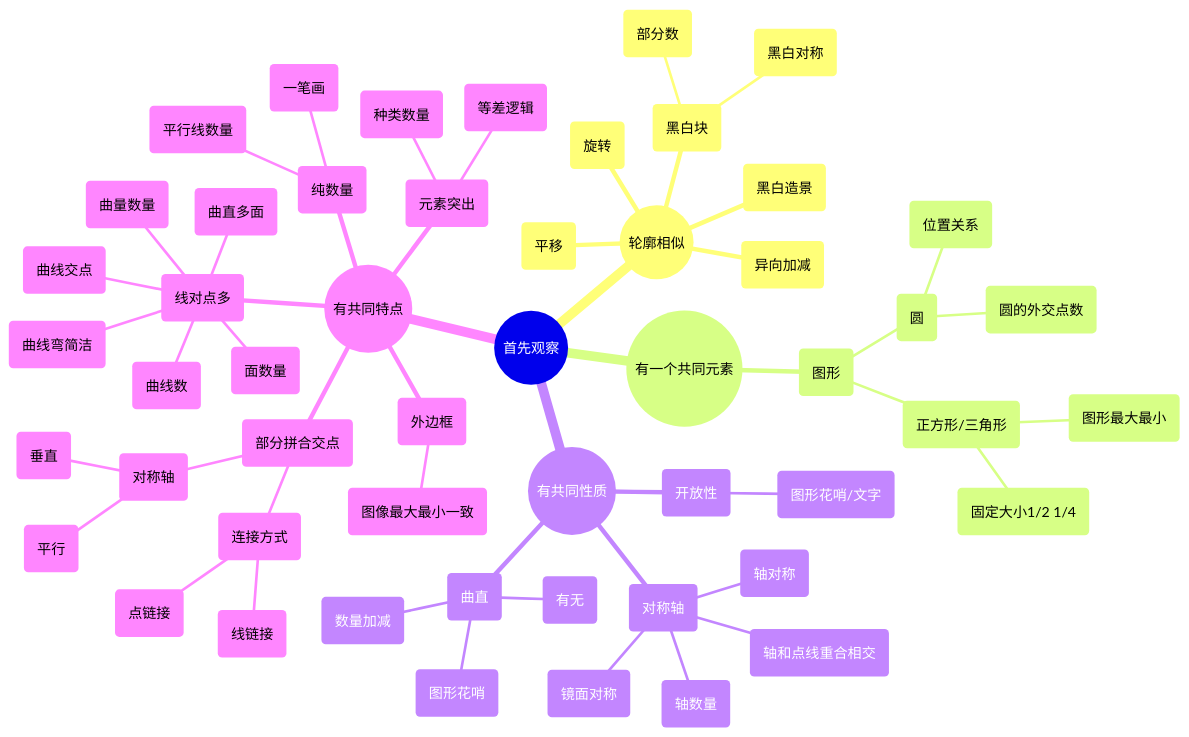
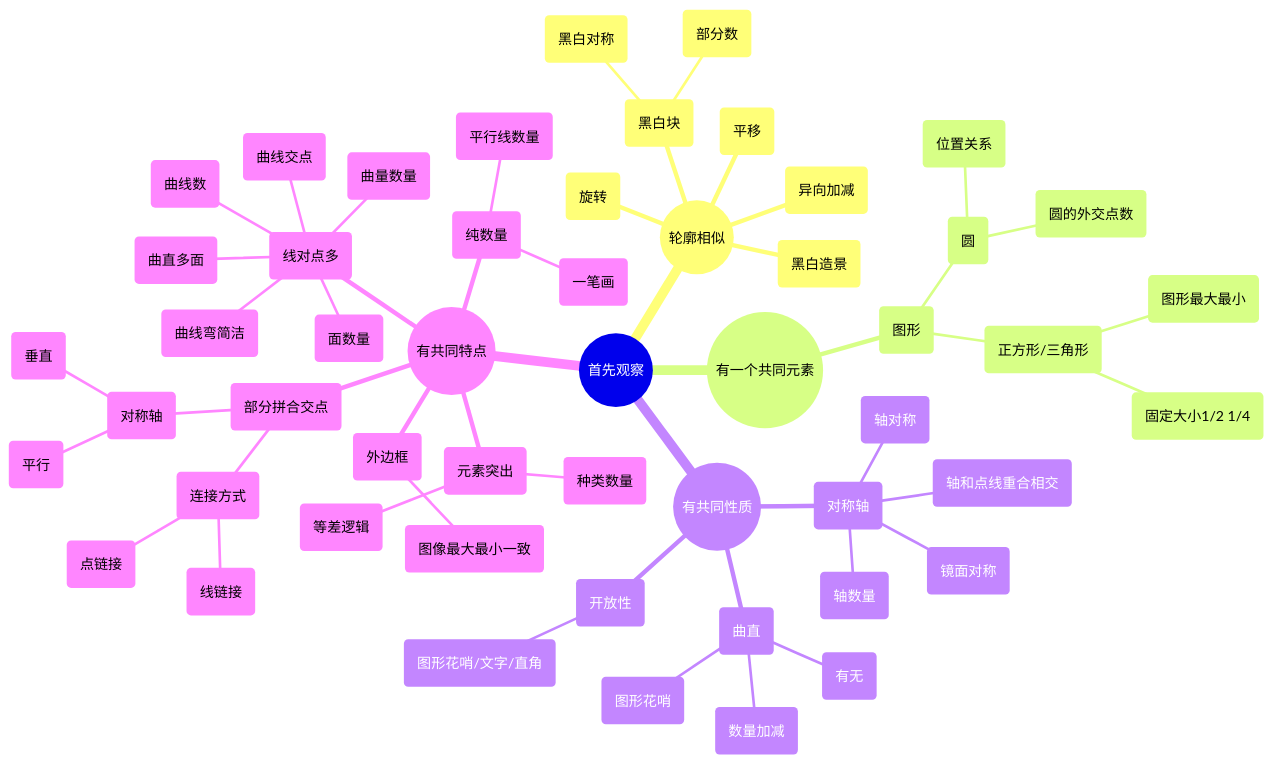
One commit to Dagwbl/dagwbl.github.io changed the diagram in content/posts/note/learn/note_202504161511.md. Above: the diagram before and after it, drawn with Mermaid. The commit also changed other lines of this file and 4 other files, not shown here.

````diff
--- a/content/posts/note/learn/note_202504161511.md
+++ b/content/posts/note/learn/note_202504161511.md
@@ -17,59 +17,59 @@
 ```mermaid
 mindmap
   root((首先观察))
     子节点1((轮廓相似))
       子节点1a(平移)
       子节点1b(旋转)
       子节点1c(异向加减)
       子节点1d(黑白造景)
       子节点1e(黑白块)
         子节点1e1(部分数)
         子节点1e2(黑白对称)
 
     子节点2((有一个共同元素))
       子节点2a(图形)
         子节点2a1(圆)
           子节点2a1a(位置关系)
           子节点2a1b(圆的外交点数)
         子节点2a2(正方形/三角形)
           子节点2a2a(图形最大最小)
           子节点2a2b(固定大小1/2 1/4)
 
     子节点3((有共同性质))
       子节点3a(对称轴)
         子节点3a1(轴对称)
         子节点3a2(镜面对称)
         子节点3a3(轴和点线重合相交)
         子节点3a4(轴数量)
       子节点3b(开放性)
-        子节点3b1(图形花哨/文字)
+        子节点3b1(图形花哨/文字/直角)
       子节点3c(曲直)
         子节点3c1(有无)
         子节点3c2(图形花哨)
         子节点3c3(数量加减)
 
     子节点4((有共同特点))
       子节点4a(元素突出)
         子节点4a1(种类数量)
         子节点4a2(等差逻辑)
       子节点4b(部分拼合交点)
         子节点4b1(连接方式)
           子节点4b1a(点链接)
           子节点4b1b(线链接)
         子节点4b2(对称轴)
           子节点4b2a(平行)
           子节点4b2b(垂直)
       子节点4c(外边框)
         子节点4c1(图像最大最小一致)
       子节点4d(纯数量)
         子节点4d1(平行线数量)
         子节点4d2(一笔画)
       子节点4e(线对点多)
         子节点4e1(曲直多面)
         子节点4e2(曲量数量)
         子节点4e3(曲线交点)
         子节点4e4(曲线数)
         子节点4e5(曲线弯简洁)
         子节点4e6(面数量)
 
 ```
````
